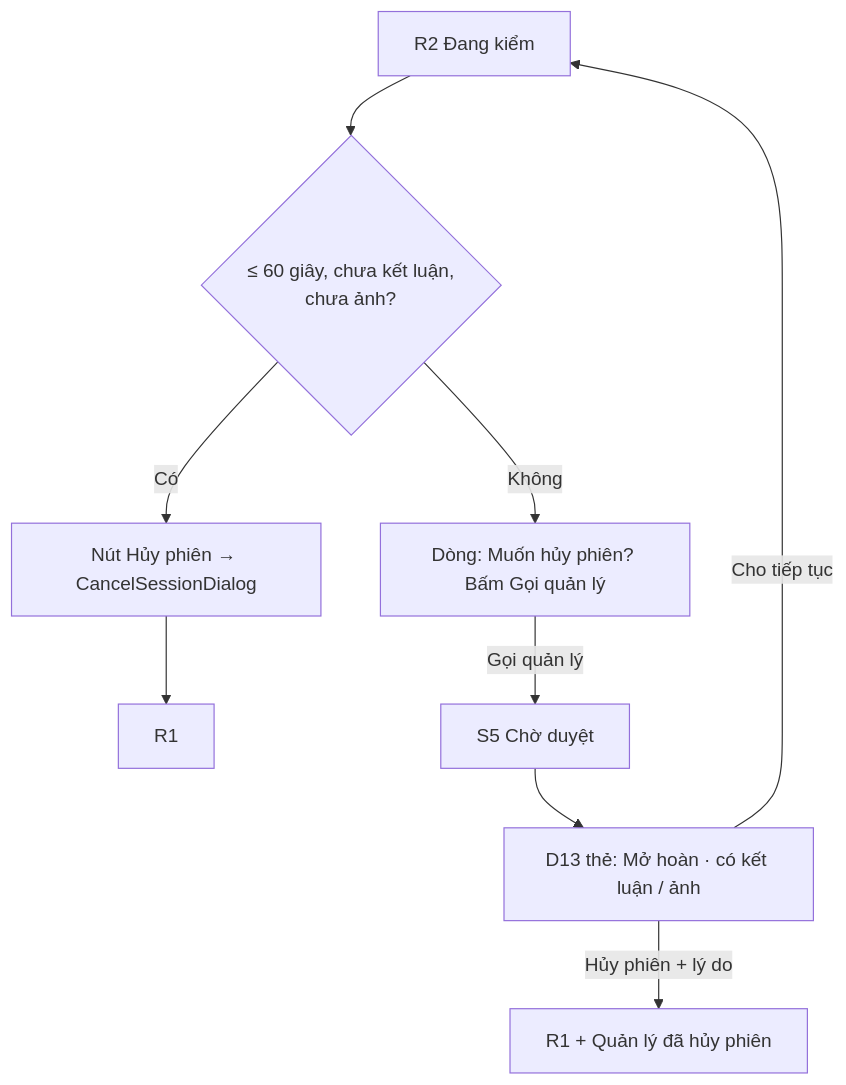
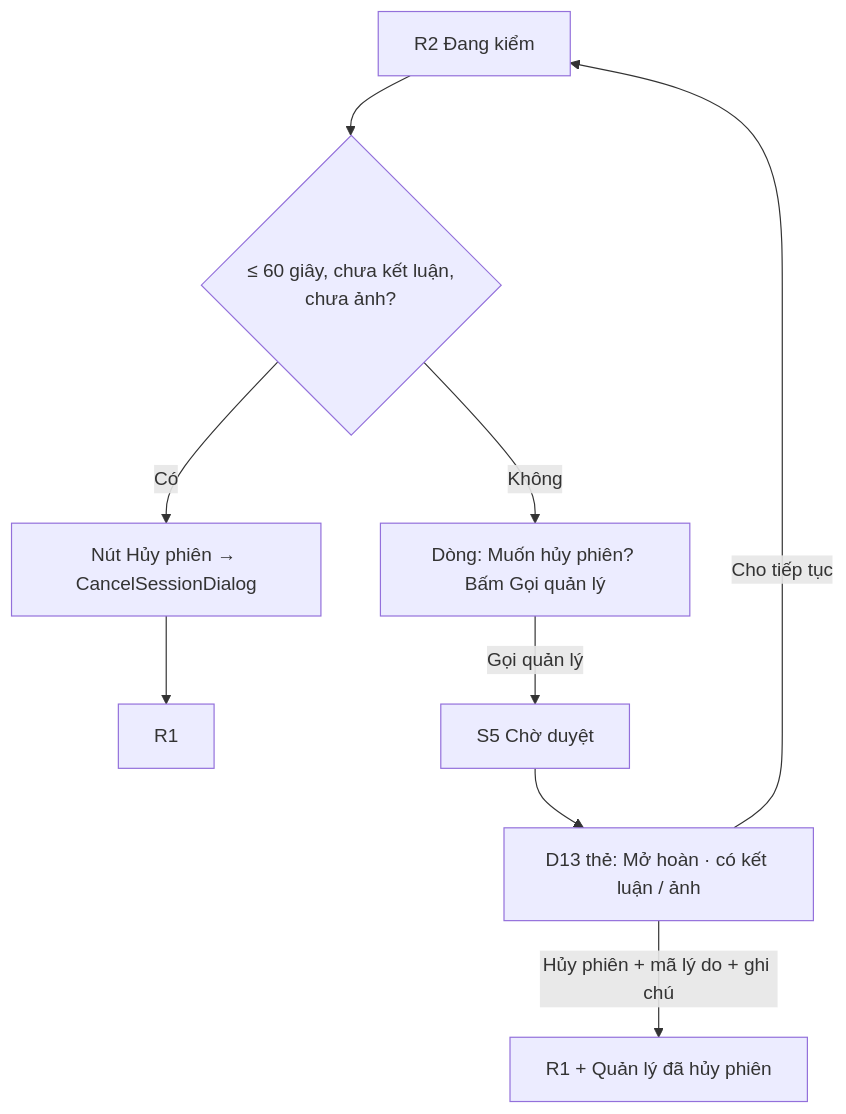
Before and after one commit to khanhego/AI-cam-shop-managment: the tenth of 10 diagrams in docs/ai/items/03-expansion-tiktok/01-srs.md, drawn with Mermaid. The commit also changed other lines of this file and 7 other files, not shown here.

````diff
--- a/docs/ai/items/03-expansion-tiktok/01-srs.md
+++ b/docs/ai/items/03-expansion-tiktok/01-srs.md
@@ -742,10 +760,10 @@
 ```mermaid
 flowchart TD
     R2[R2 Đang kiểm] --> Q{≤ 60 giây, chưa kết luận,<br/>chưa ảnh?}
     Q -- Có --> C[Nút Hủy phiên → CancelSessionDialog] --> R1[R1]
     Q -- Không --> H[Dòng: Muốn hủy phiên? Bấm Gọi quản lý]
     H -->|Gọi quản lý| S5[S5 Chờ duyệt]
     S5 --> D13[D13 thẻ: Mở hoàn · có kết luận / ảnh]
-    D13 -->|Hủy phiên + lý do| R1b[R1 + Quản lý đã hủy phiên]
+    D13 -->|Hủy phiên + mã lý do + ghi chú| R1b[R1 + Quản lý đã hủy phiên]
     D13 -->|Cho tiếp tục| R2
 ```
````
